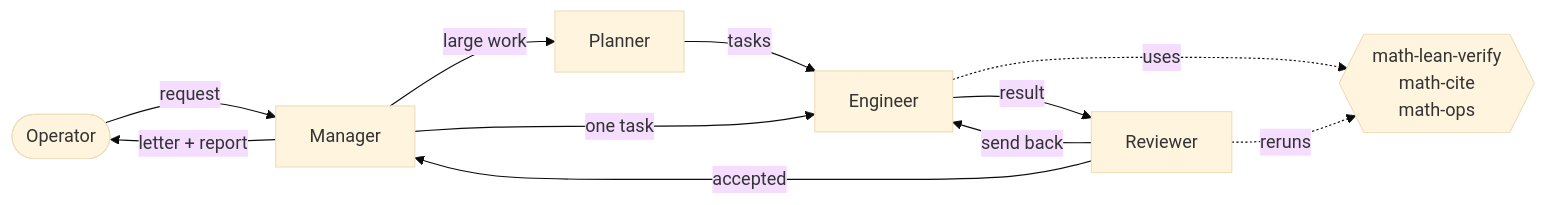
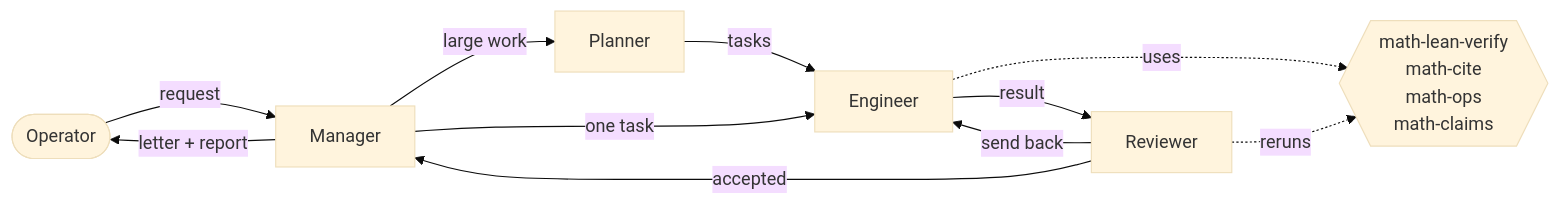
The diagram in README.md (Argus-AiTeam/argus-counterexample-runtime), drawn with Mermaid (base theme) before and after one commit. The commit also changed other lines of this file and 5 other files, not shown here.

Commit message:
Spec 0.18, pack 0.5.0: claims table closes each verdict; math-claims reads it back

````diff
--- a/README.md
+++ b/README.md
@@ -44,13 +44,13 @@
 ```mermaid
 flowchart LR
   O([Operator]) -- request --> M[Manager]
   M -- large work --> P[Planner]
   P -- tasks --> E[Engineer]
   M -- one task --> E
   E -- result --> R[Reviewer]
   R -- send back --> E
   R -- accepted --> M
   M -- letter + report --> O
-  E -. uses .-> T{{math-lean-verify<br/>math-cite<br/>math-ops}}
+  E -. uses .-> T{{math-lean-verify<br/>math-cite<br/>math-ops<br/>math-claims}}
   R -. reruns .-> T
 ```
````
